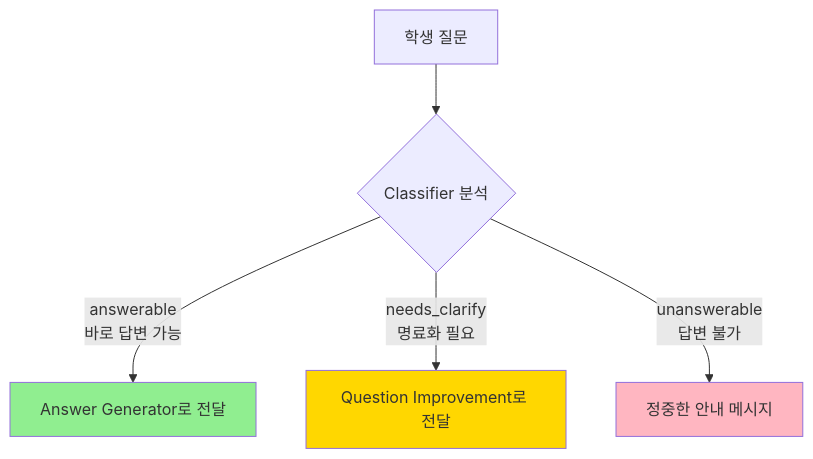
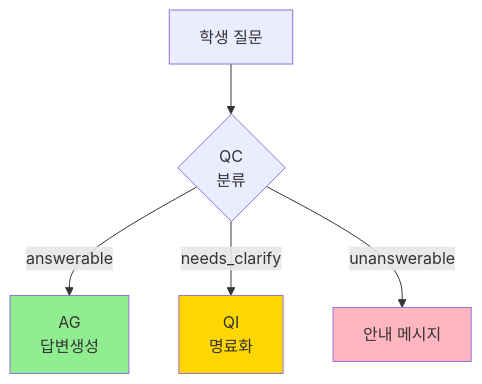
The fourth of 6 diagrams in docs/chapters/03-system-design.md (KimKyuBong/maice-paper-deploy), drawn with Mermaid before and after one commit. The commit also changed other lines of this file and 79 other files, not shown here.

````diff
--- a/docs/chapters/03-system-design.md
+++ b/docs/chapters/03-system-design.md
@@ -231,11 +246,11 @@
 ```mermaid
 flowchart TD
-    Q[학생 질문] --> C{Classifier 분석}
-    C -->|answerable<br/>바로 답변 가능| A[Answer Generator로 전달]
-    C -->|needs_clarify<br/>명료화 필요| I[Question Improvement로 전달]
-    C -->|unanswerable<br/>답변 불가| U[정중한 안내 메시지]
+    Q[학생 질문] --> C{QC<br/>분류}
+    C -->|answerable| A[AG<br/>답변생성]
+    C -->|needs_clarify| I[QI<br/>명료화]
+    C -->|unanswerable| U[안내 메시지]
     
     style A fill:#90EE90
     style I fill:#FFD700
     style U fill:#FFB6C1
 ```
````
